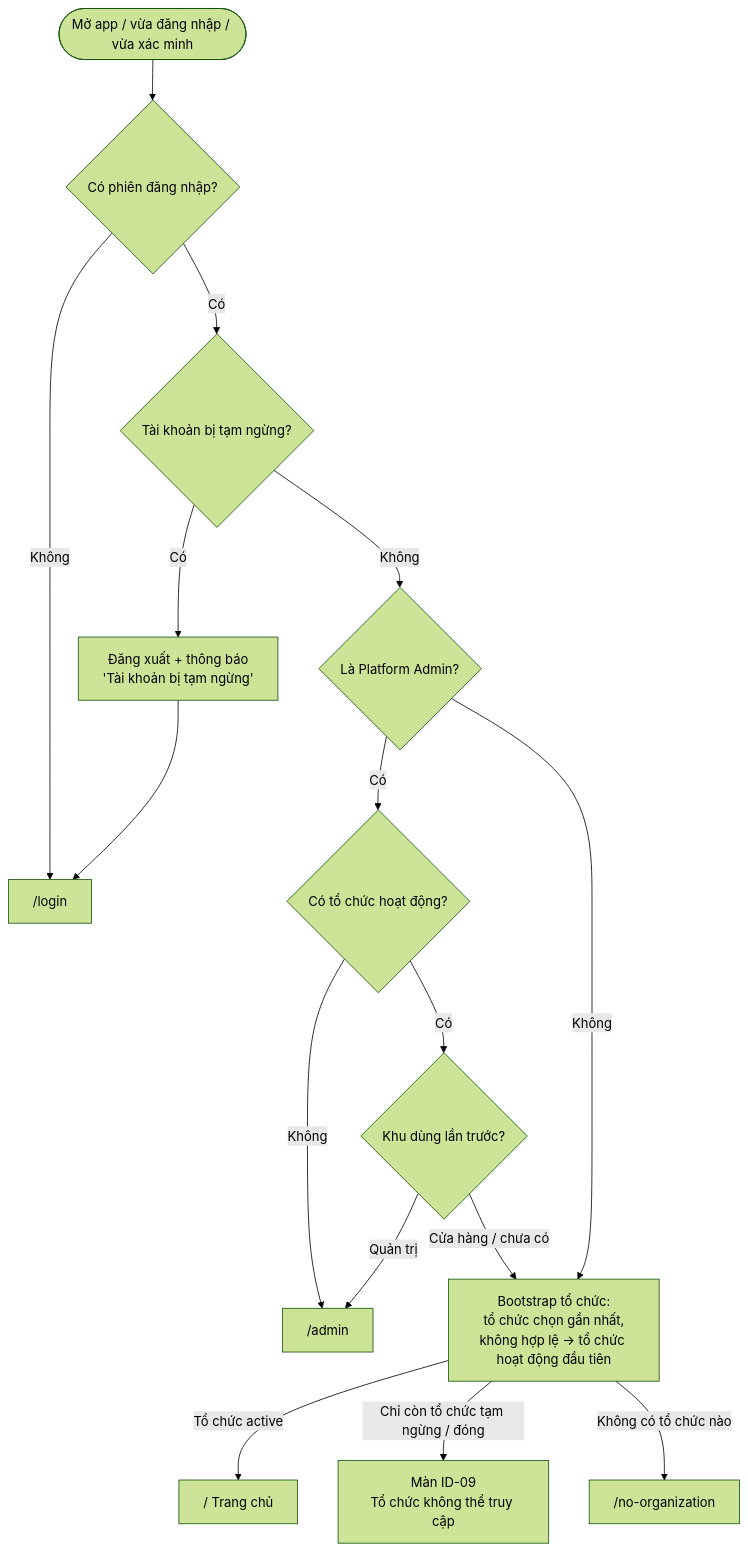
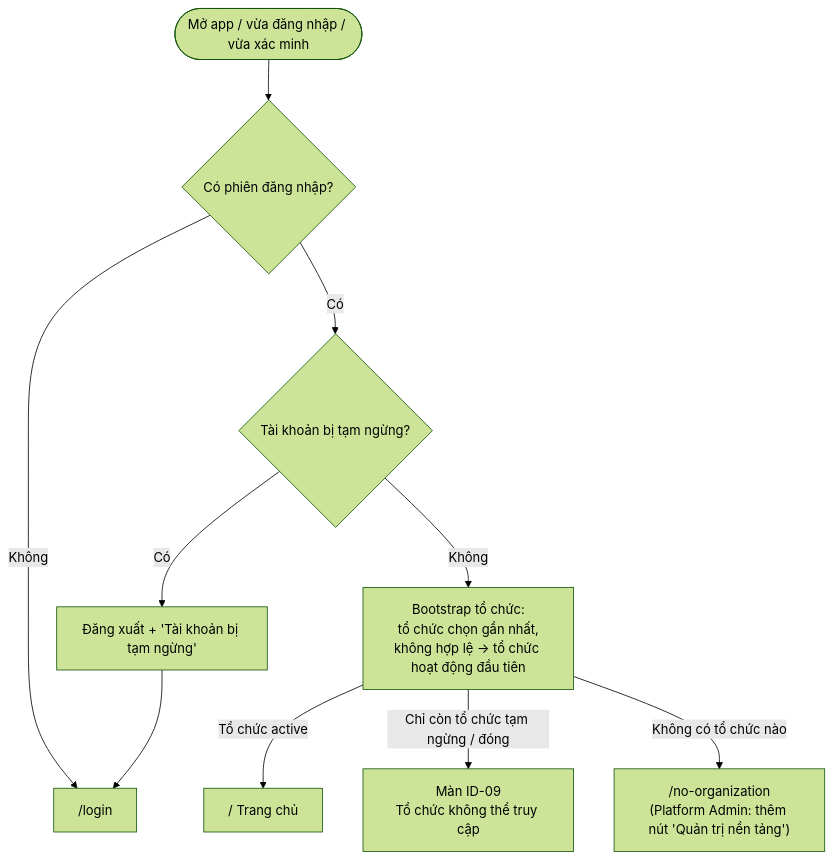
The second of 5 diagrams in docs/02-yeu-cau/LUONG-UNG-DUNG.md (DsChien102/erp-sales-inventory), drawn with Mermaid (forest theme) before and after one commit. The commit also changed other lines of this file and 5 other files, not shown here.

First line of the commit message:
docs: choose option A for platform admin (organization management in More tab)

````diff
--- a/docs/02-yeu-cau/LUONG-UNG-DUNG.md
+++ b/docs/02-yeu-cau/LUONG-UNG-DUNG.md
@@ -61,17 +60,11 @@
 ```mermaid
 flowchart TD
   START(["Mở app / vừa đăng nhập / vừa xác minh"]) --> AUTH{"Có phiên đăng nhập?"}
   AUTH -->|"Không"| LOGIN["/login"]
   AUTH -->|"Có"| SUSP{"Tài khoản bị tạm ngừng?"}
-  SUSP -->|"Có"| OUT["Đăng xuất + thông báo<br/>'Tài khoản bị tạm ngừng'"] --> LOGIN
-  SUSP -->|"Không"| PA{"Là Platform Admin?"}
-  PA -->|"Có"| HASMEM{"Có tổ chức hoạt động?"}
-  HASMEM -->|"Không"| ADM["/admin"]
-  HASMEM -->|"Có"| LAST{"Khu dùng lần trước?"}
-  LAST -->|"Quản trị"| ADM
-  LAST -->|"Cửa hàng / chưa có"| BOOT
-  PA -->|"Không"| BOOT["Bootstrap tổ chức:<br/>tổ chức chọn gần nhất,<br/>không hợp lệ → tổ chức hoạt động đầu tiên"]
+  SUSP -->|"Có"| OUT["Đăng xuất + 'Tài khoản bị tạm ngừng'"] --> LOGIN
+  SUSP -->|"Không"| BOOT["Bootstrap tổ chức:<br/>tổ chức chọn gần nhất,<br/>không hợp lệ → tổ chức hoạt động đầu tiên"]
   BOOT -->|"Tổ chức active"| HOME["/ Trang chủ"]
   BOOT -->|"Chỉ còn tổ chức tạm ngừng / đóng"| BLOCK["Màn ID-09<br/>Tổ chức không thể truy cập"]
-  BOOT -->|"Không có tổ chức nào"| NOORG["/no-organization"]
+  BOOT -->|"Không có tổ chức nào"| NOORG["/no-organization<br/>(Platform Admin: thêm nút 'Quản trị nền tảng')"]
 ```
````
